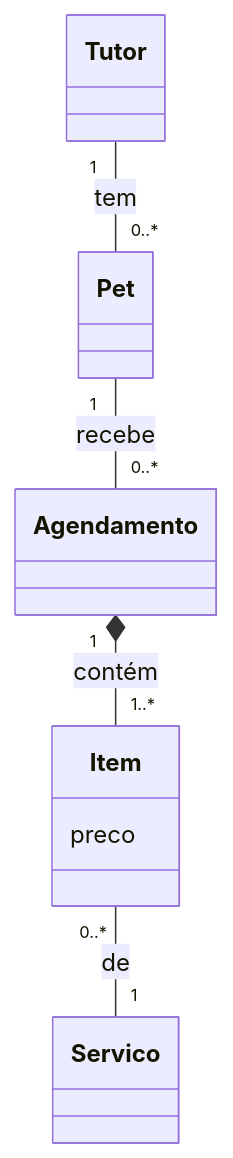
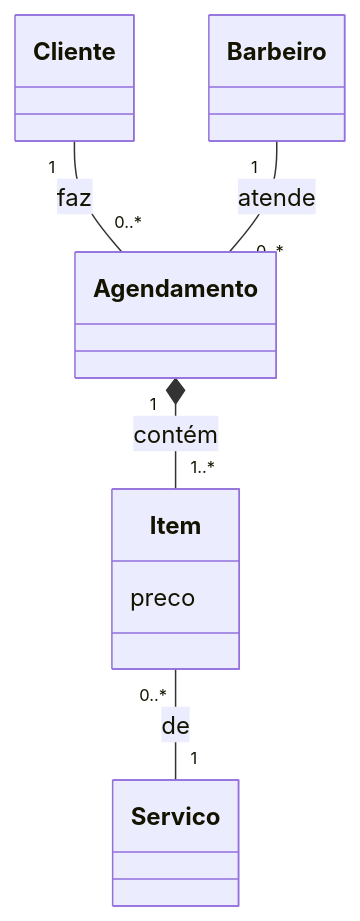
One commit to septa-systems/septa-handbook changed the fifth of 5 diagrams in docs/modelos/arquitetura.md. Above: the diagram before and after it, drawn with Mermaid. The commit also changed other lines of this file and 5 other files, not shown here.

````diff
--- a/docs/modelos/arquitetura.md
+++ b/docs/modelos/arquitetura.md
@@ -77,10 +78,10 @@
 ```mermaid
 classDiagram
-  Tutor "1" -- "0..*" Pet : tem
-  Pet "1" -- "0..*" Agendamento : recebe
+  Cliente "1" -- "0..*" Agendamento : faz
+  Barbeiro "1" -- "0..*" Agendamento : atende
   Agendamento "1" *-- "1..*" Item : contém
   Item "0..*" -- "1" Servico : de
   class Item {
     preco
   }
 ```
````
